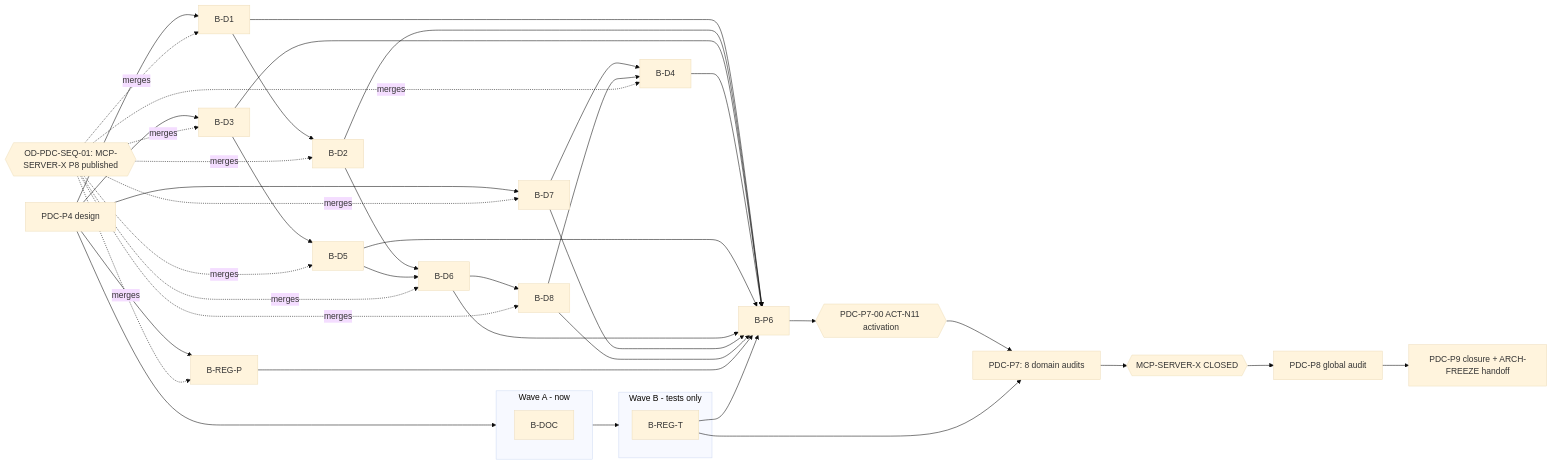
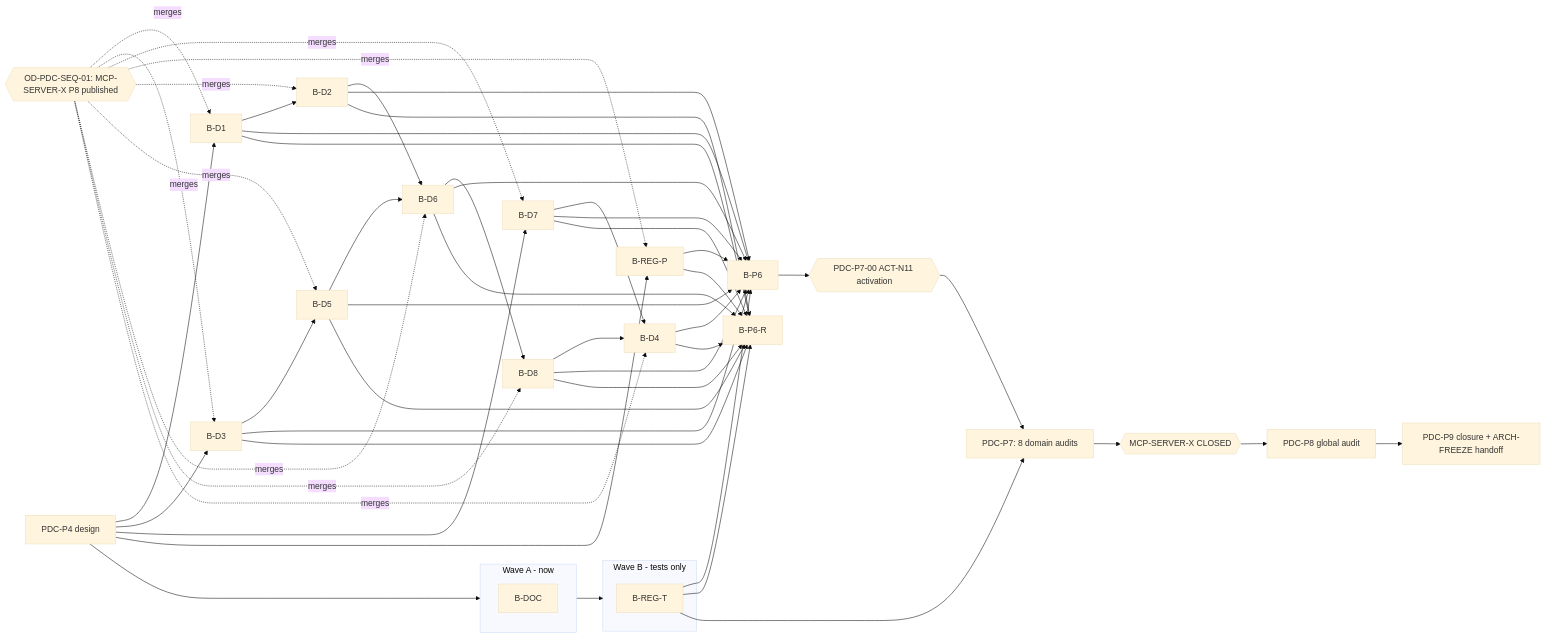
One commit to jakbuczarnecki/intergrax changed the diagram in docs/project/maintainers/qualification/platform_domain_completeness/PDC_DEPENDENCY_DAG.md. Above: the diagram before and after it, drawn with Mermaid (base theme). The commit also changed other lines of this file and 5 other files, not shown here.

````diff
--- a/docs/project/maintainers/qualification/platform_domain_completeness/PDC_DEPENDENCY_DAG.md
+++ b/docs/project/maintainers/qualification/platform_domain_completeness/PDC_DEPENDENCY_DAG.md
@@ -5,34 +5,44 @@
 ```mermaid
 graph LR
   P4[PDC-P4 design] --> WA
   subgraph WA[Wave A - now]
     B-DOC
   end
   subgraph WB[Wave B - tests only]
     B-REG-T
   end
   WA --> WB
   GATE{{OD-PDC-SEQ-01: MCP-SERVER-X P8 published}}
   B-D1 --> B-D2
   B-D3 --> B-D5
   B-D2 --> B-D6
   B-D5 --> B-D6
   B-D6 --> B-D8
   B-D7 --> B-D4
   B-D8 --> B-D4
   B-D1 --> B-P6
   B-D2 --> B-P6
   B-D3 --> B-P6
   B-D4 --> B-P6
   B-D5 --> B-P6
   B-D6 --> B-P6
   B-D7 --> B-P6
   B-D8 --> B-P6
   B-REG-P --> B-P6
   B-REG-T --> B-P6
+  B-D1 --> B-P6-R
+  B-D2 --> B-P6-R
+  B-D3 --> B-P6-R
+  B-D4 --> B-P6-R
+  B-D5 --> B-P6-R
+  B-D6 --> B-P6-R
+  B-D7 --> B-P6-R
+  B-D8 --> B-P6-R
+  B-REG-P --> B-P6-R
+  B-REG-T --> B-P6-R
   P4 --> B-D1 & B-D3 & B-D7 & B-REG-P
   GATE -. merges .-> B-D1 & B-D3 & B-D7 & B-REG-P & B-D2 & B-D5 & B-D6 & B-D8 & B-D4
   B-P6 --> ACT{{PDC-P7-00 ACT-N11 activation}} --> P7[PDC-P7: 8 domain audits]
   B-REG-T --> P7
   P7 --> MCPC{{MCP-SERVER-X CLOSED}} --> P8[PDC-P8 global audit] --> P9[PDC-P9 closure + ARCH-FREEZE handoff]
 ```
````
